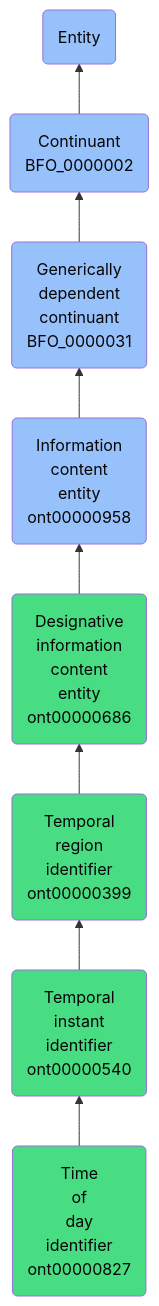
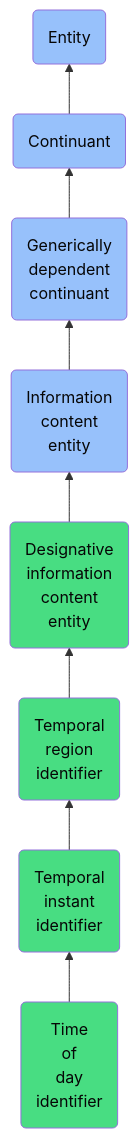
The diagram in docs/ontology/reference/model/Entity/Continuant/Generically dependent continuant/Information content entity/Designative information content entity/Temporal region identifier/Temporal instant identifier/Time of day identifier/Time of day identifier.md (jupyter-naas/abi), drawn with Mermaid before and after one commit. The commit also changed other lines of this file and 1430 other files, not shown here.

````diff
--- a/docs/ontology/reference/model/Entity/Continuant/Generically dependent continuant/Information content entity/Designative information content entity/Temporal region identifier/Temporal instant identifier/Time of day identifier/Time of day identifier.md
+++ b/docs/ontology/reference/model/Entity/Continuant/Generically dependent continuant/Information content entity/Designative information content entity/Temporal region identifier/Temporal instant identifier/Time of day identifier/Time of day identifier.md
@@ -24,15 +24,15 @@
 ```mermaid
 graph BT
-    ont00000827(Time<br>of<br>day<br>identifier<br>ont00000827):::ABI-->ont00000540
-    ont00000540(Temporal<br>instant<br>identifier<br>ont00000540):::ABI-->ont00000399
-    ont00000399(Temporal<br>region<br>identifier<br>ont00000399):::ABI-->ont00000686
-    ont00000686(Designative<br>information<br>content<br>entity<br>ont00000686):::ABI-->ont00000958
-    ont00000958(Information<br>content<br>entity<br>ont00000958):::BFO-->BFO_0000031
-    BFO_0000031(Generically<br>dependent<br>continuant<br>BFO_0000031):::BFO-->BFO_0000002
-    BFO_0000002(Continuant<br>BFO_0000002):::BFO-->BFO_0000001
+    ont00000827(Time<br>of<br>day<br>identifier):::ABI-->ont00000540
+    ont00000540(Temporal<br>instant<br>identifier):::ABI-->ont00000399
+    ont00000399(Temporal<br>region<br>identifier):::ABI-->ont00000686
+    ont00000686(Designative<br>information<br>content<br>entity):::ABI-->ont00000958
+    ont00000958(Information<br>content<br>entity):::BFO-->BFO_0000031
+    BFO_0000031(Generically<br>dependent<br>continuant):::BFO-->BFO_0000002
+    BFO_0000002(Continuant):::BFO-->BFO_0000001
     BFO_0000001(Entity):::BFO
     
     classDef BFO fill:#97c1fb,color:#060606
     classDef CCO fill:#e4c51e,color:#060606
     classDef ABI fill:#48DD82,color:#060606
 ```
````
